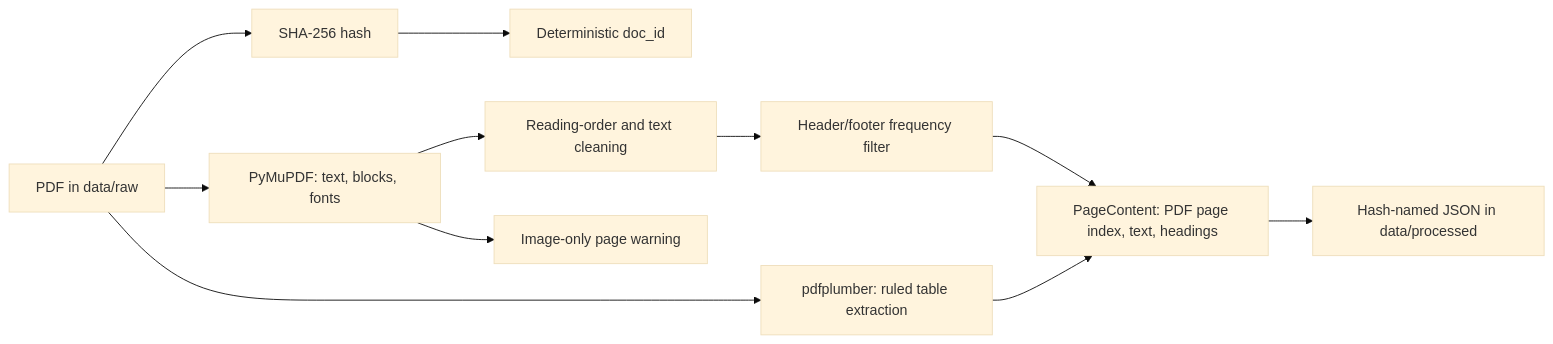
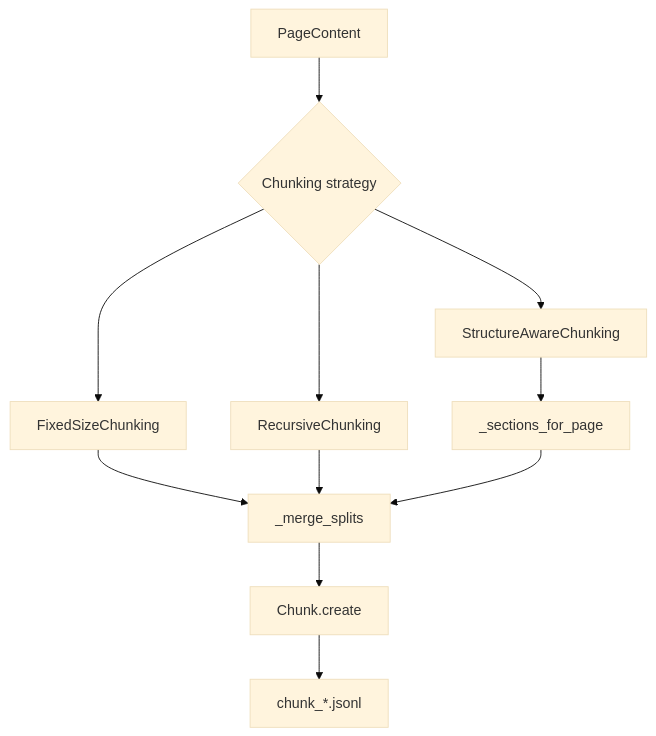
One commit to MayankYadav-ds/enterprise-rag-agent changed the second of 2 diagrams in docs/ARCHITECTURE.md. Above: the diagram before and after it, drawn with Mermaid (base theme). The commit also changed other lines of this file and 19 other files, not shown here.

First line of the commit message:
feat(chunking): chunking strategies with page-level metadata (#16)

````diff
--- a/docs/ARCHITECTURE.md
+++ b/docs/ARCHITECTURE.md
@@ -9,13 +37,13 @@
 ```mermaid
-flowchart LR
-    S[PDF in data/raw] --> H[SHA-256 hash]
-    H --> I[Deterministic doc_id]
-    S --> M[PyMuPDF: text, blocks, fonts]
-    M --> O[Reading-order and text cleaning]
-    O --> E[Header/footer frequency filter]
-    S --> T[pdfplumber: ruled table extraction]
-    E --> P[PageContent: PDF page index, text, headings]
-    T --> P
-    P --> J[Hash-named JSON in data/processed]
-    M --> W[Image-only page warning]
+flowchart TD
+    P[PageContent] --> S{Chunking strategy}
+    S --> F[FixedSizeChunking]
+    S --> R[RecursiveChunking]
+    S --> SA[StructureAwareChunking]
+    F --> M[_merge_splits]
+    R --> M
+    SA --> S2[_sections_for_page]
+    S2 --> M
+    M --> C[Chunk.create]
+    C --> O[chunk_*.jsonl]
 ```
````
